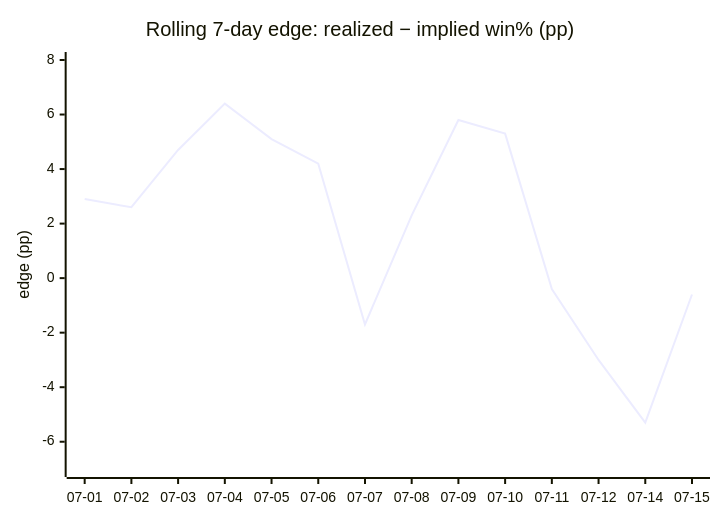
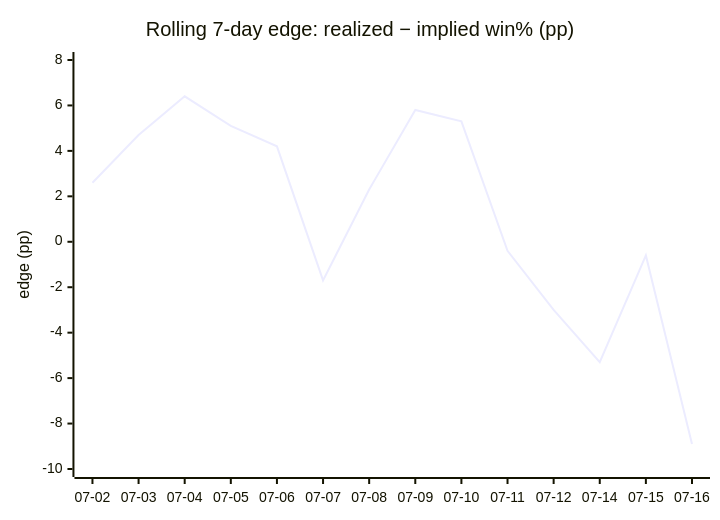
One commit to dpk1212/nhl-savant changed the fifth of 5 diagrams in DAILY_AGSU_REPORT.md. Above: the diagram before and after it, drawn with Mermaid. The commit also changed other lines of this file, not shown here.

````diff
--- a/DAILY_AGSU_REPORT.md
+++ b/DAILY_AGSU_REPORT.md
@@ -710,7 +721,7 @@
 ```mermaid
 xychart-beta
     title "Rolling 7-day edge: realized − implied win% (pp)"
-    x-axis ["07-01", "07-02", "07-03", "07-04", "07-05", "07-06", "07-07", "07-08", "07-09", "07-10", "07-11", "07-12", "07-14", "07-15"]
-    y-axis "edge (pp)" -7 --> 8
-    line [2.9, 2.6, 4.7, 6.4, 5.1, 4.2, -1.7, 2.3, 5.8, 5.3, -0.4, -3, -5.3, -0.6]
+    x-axis ["07-02", "07-03", "07-04", "07-05", "07-06", "07-07", "07-08", "07-09", "07-10", "07-11", "07-12", "07-14", "07-15", "07-16"]
+    y-axis "edge (pp)" -10 --> 8
+    line [2.6, 4.7, 6.4, 5.1, 4.2, -1.7, 2.3, 5.8, 5.3, -0.4, -3, -5.3, -0.6, -8.9]
 ```
````
